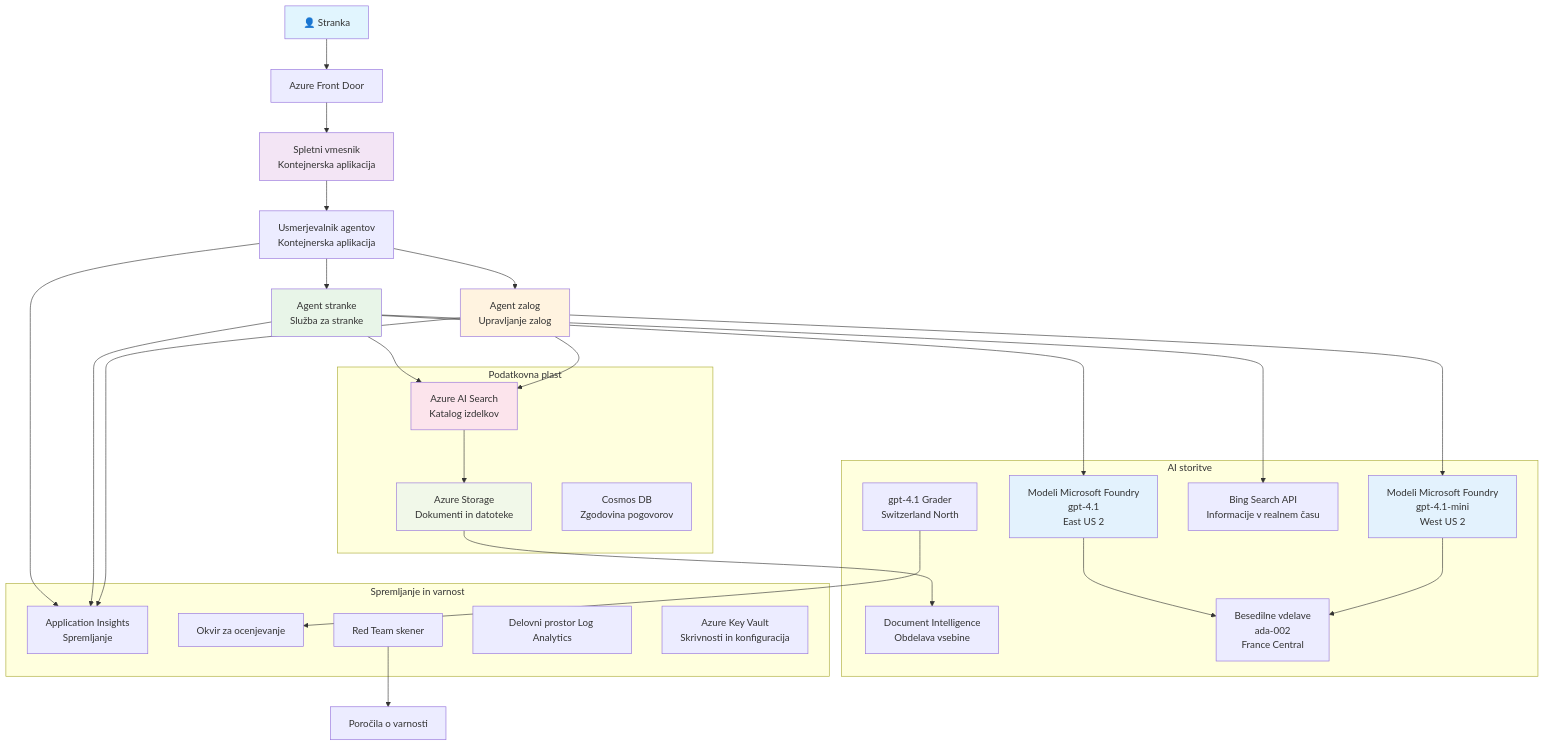
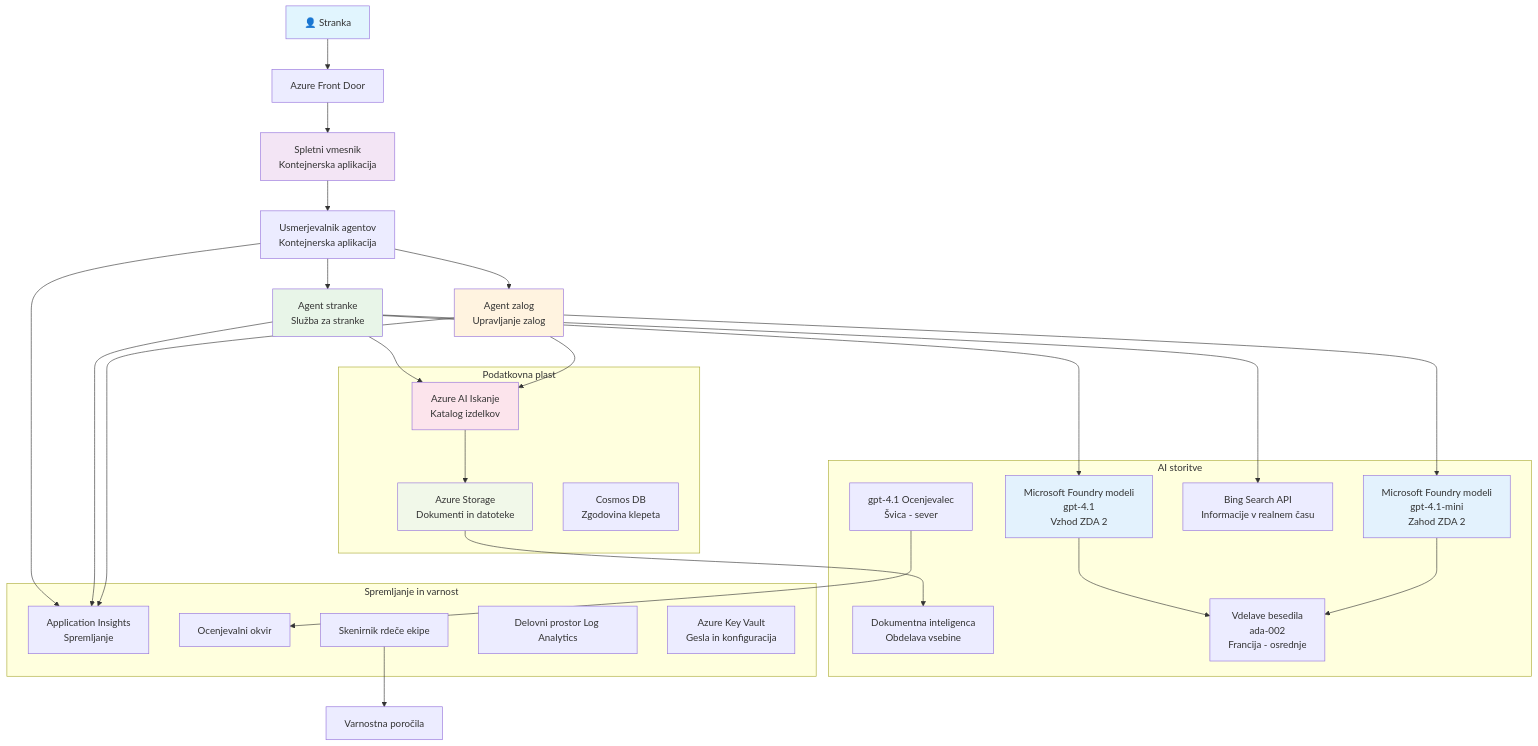
One commit to microsoft/AZD-for-beginners changed the diagram in translations/sl/examples/retail-scenario.md. Above: the diagram before and after it, drawn with Mermaid. The commit also changed other lines of this file and 104 other files, not shown here.

````diff
--- a/translations/sl/examples/retail-scenario.md
+++ b/translations/sl/examples/retail-scenario.md
@@ -139,61 +139,61 @@
 ```mermaid
 graph TB
     User[👤 Stranka] --> LB[Azure Front Door]
     LB --> WebApp[Spletni vmesnik<br/>Kontejnerska aplikacija]
     
     WebApp --> Router[Usmerjevalnik agentov<br/>Kontejnerska aplikacija]
     Router --> CustomerAgent[Agent stranke<br/>Služba za stranke]
     Router --> InvAgent[Agent zalog<br/>Upravljanje zalog]
     
-    CustomerAgent --> OpenAI1[Modeli Microsoft Foundry<br/>gpt-4.1<br/>East US 2]
-    InvAgent --> OpenAI2[Modeli Microsoft Foundry<br/>gpt-4.1-mini<br/>West US 2]
+    CustomerAgent --> OpenAI1[Microsoft Foundry modeli<br/>gpt-4.1<br/>Vzhod ZDA 2]
+    InvAgent --> OpenAI2[Microsoft Foundry modeli<br/>gpt-4.1-mini<br/>Zahod ZDA 2]
     
-    CustomerAgent --> AISearch[Azure AI Search<br/>Katalog izdelkov]
+    CustomerAgent --> AISearch[Azure AI Iskanje<br/>Katalog izdelkov]
     CustomerAgent --> BingSearch[Bing Search API<br/>Informacije v realnem času]
     InvAgent --> AISearch
     
     AISearch --> Storage[Azure Storage<br/>Dokumenti in datoteke]
-    Storage --> DocIntel[Document Intelligence<br/>Obdelava vsebine]
+    Storage --> DocIntel[Dokumentna inteligenca<br/>Obdelava vsebine]
     
-    OpenAI1 --> Embeddings[Besedilne vdelave<br/>ada-002<br/>France Central]
+    OpenAI1 --> Embeddings[Vdelave besedila<br/>ada-002<br/>Francija - osrednje]
     OpenAI2 --> Embeddings
     
     Router --> AppInsights[Application Insights<br/>Spremljanje]
     CustomerAgent --> AppInsights
     InvAgent --> AppInsights
     
-    GraderModel[gpt-4.1 Grader<br/>Switzerland North] --> Evaluation[Okvir za ocenjevanje]
-    RedTeam[Red Team skener] --> SecurityReports[Poročila o varnosti]
+    GraderModel[gpt-4.1 Ocenjevalec<br/>Švica - sever] --> Evaluation[Ocenjevalni okvir]
+    RedTeam[Skenirnik rdeče ekipe] --> SecurityReports[Varnostna poročila]
     
     subgraph "Podatkovna plast"
         Storage
         AISearch
-        CosmosDB[Cosmos DB<br/>Zgodovina pogovorov]
+        CosmosDB[Cosmos DB<br/>Zgodovina klepeta]
     end
     
     subgraph "AI storitve"
         OpenAI1
         OpenAI2
         Embeddings
         GraderModel
         DocIntel
         BingSearch
     end
     
     subgraph "Spremljanje in varnost"
         AppInsights
         LogAnalytics[Delovni prostor Log Analytics]
-        KeyVault[Azure Key Vault<br/>Skrivnosti in konfiguracija]
+        KeyVault[Azure Key Vault<br/>Gesla in konfiguracija]
         RedTeam
         Evaluation
     end
     
     style User fill:#e1f5fe
     style WebApp fill:#f3e5f5
     style CustomerAgent fill:#e8f5e8
     style InvAgent fill:#fff3e0
     style OpenAI1 fill:#e3f2fd
     style OpenAI2 fill:#e3f2fd
     style AISearch fill:#fce4ec
     style Storage fill:#f1f8e9
 ```
````
